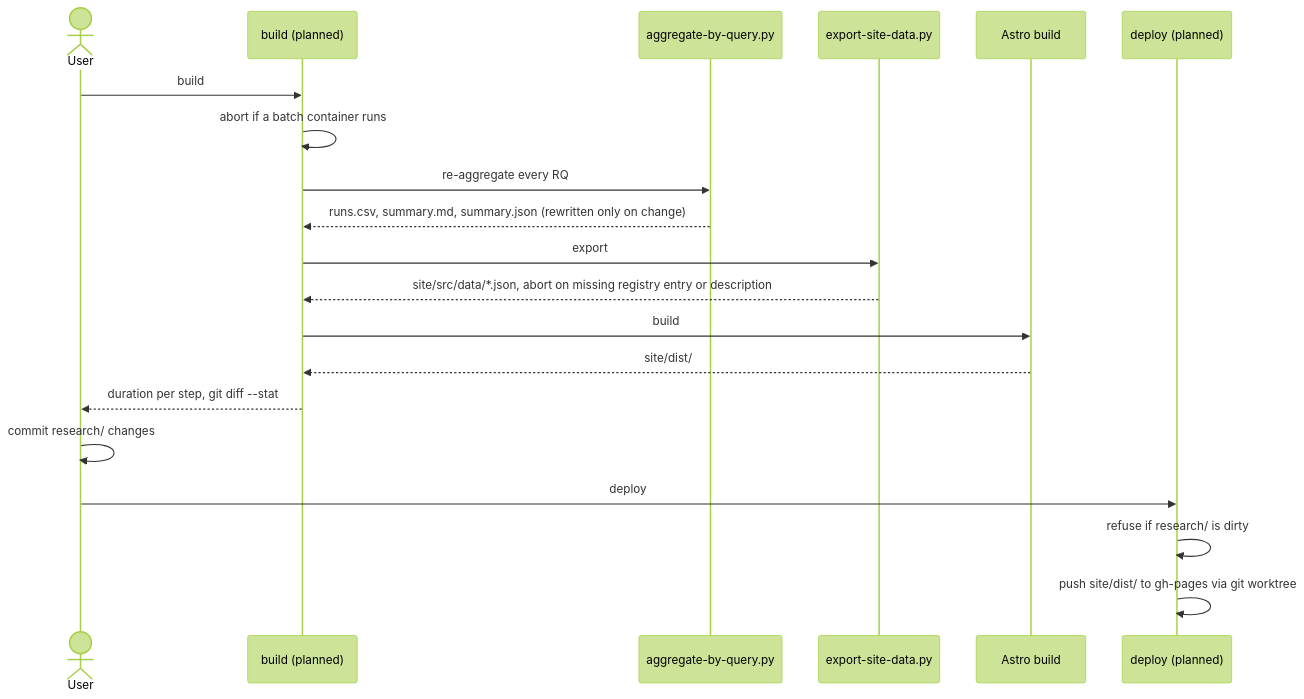
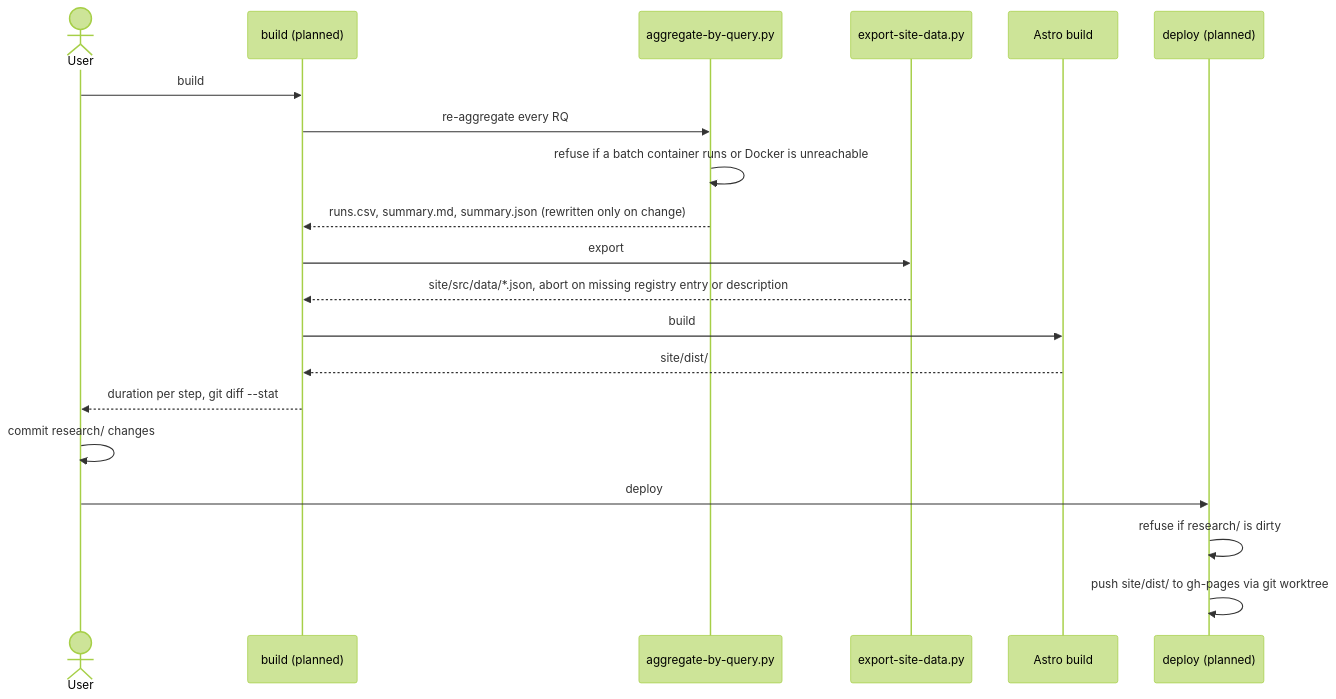
The second of 4 diagrams in site/docs/architecture.md (marcoemrich/agentic_coding_lab), drawn with Mermaid (forest theme) before and after one commit. The commit also changed other lines of this file and 9 other files, not shown here.

````diff
--- a/site/docs/architecture.md
+++ b/site/docs/architecture.md
@@ -54,22 +54,22 @@
 ```mermaid
 sequenceDiagram
   actor U as User
   participant B as build (planned)
   participant A as aggregate-by-query.py
   participant E as export-site-data.py
   participant S as Astro build
   participant D as deploy (planned)
   U->>B: build
-  B->>B: abort if a batch container runs
   B->>A: re-aggregate every RQ
+  A->>A: refuse if a batch container runs or Docker is unreachable
   A-->>B: runs.csv, summary.md, summary.json (rewritten only on change)
   B->>E: export
   E-->>B: site/src/data/*.json, abort on missing registry entry or description
   B->>S: build
   S-->>B: site/dist/
   B-->>U: duration per step, git diff --stat
   U->>U: commit research/ changes
   U->>D: deploy
   D->>D: refuse if research/ is dirty
   D->>D: push site/dist/ to gh-pages via git worktree
 ```
````
